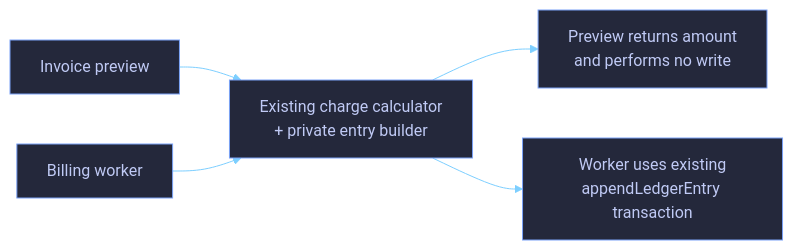
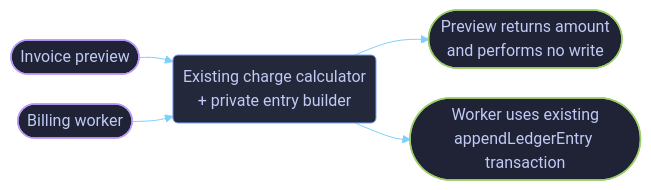
One commit to dvo-dev/copilot-guidance changed the second of 2 diagrams in docs/skill-workflows/surgical-refactoring.md. Above: the diagram before and after it, drawn with Mermaid. The commit also changed other lines of this file and 10 other files, not shown here.

Commit message:
Polish workflow diagrams and stable links

````diff
--- a/docs/skill-workflows/surgical-refactoring.md
+++ b/docs/skill-workflows/surgical-refactoring.md
@@ -46,8 +55,15 @@
 ```mermaid
-%%{init: {"theme":"base","themeVariables":{"background":"#1a1b26","primaryColor":"#24283b","primaryTextColor":"#c0caf5","primaryBorderColor":"#7aa2f7","secondaryColor":"#1f2335","secondaryTextColor":"#c0caf5","secondaryBorderColor":"#bb9af7","tertiaryColor":"#16161e","tertiaryTextColor":"#c0caf5","tertiaryBorderColor":"#7dcfff","lineColor":"#7dcfff","textColor":"#c0caf5","mainBkg":"#24283b","nodeBorder":"#7aa2f7","clusterBkg":"#16161e","clusterBorder":"#565f89","defaultLinkColor":"#7dcfff","edgeLabelBackground":"#1a1b26","titleColor":"#bb9af7","fontFamily":"ui-monospace, SFMono-Regular, Menlo, Monaco, Consolas, Liberation Mono, monospace"},"flowchart":{"curve":"basis","htmlLabels":true}}}%%
+%%{init: {"theme":"base","themeVariables":{"background":"#1a1b26","primaryColor":"#24283b","primaryTextColor":"#c0caf5","primaryBorderColor":"#7aa2f7","secondaryColor":"#1f2335","secondaryTextColor":"#c0caf5","secondaryBorderColor":"#bb9af7","tertiaryColor":"#16161e","tertiaryTextColor":"#c0caf5","tertiaryBorderColor":"#7dcfff","lineColor":"#7dcfff","textColor":"#c0caf5","mainBkg":"#24283b","nodeBorder":"#7aa2f7","clusterBkg":"#16161e","clusterBorder":"#565f89","defaultLinkColor":"#7dcfff","edgeLabelBackground":"#1a1b26","titleColor":"#bb9af7","fontFamily":"ui-monospace, SFMono-Regular, Menlo, Monaco, Consolas, Liberation Mono, monospace"},"flowchart":{"curve":"basis","htmlLabels":true,"nodeSpacing":30,"rankSpacing":34,"padding":10}}}%%
 flowchart LR
-    PREVIEW["Invoice preview"] --> CORE["Existing charge calculator<br/>+ private entry builder"]
-    POST["Billing worker"] --> CORE
-    CORE --> PREVIEWR["Preview returns amount<br/>and performs no write"]
-    CORE --> POSTR["Worker uses existing<br/>appendLedgerEntry transaction"]
+    PREVIEW(["Invoice preview"]) --> CORE("Existing charge calculator<br/>+ private entry builder")
+    POST(["Billing worker"]) --> CORE
+    CORE --> PREVIEWR(["Preview returns amount<br/>and performs no write"])
+    CORE --> POSTR(["Worker uses existing<br/>appendLedgerEntry transaction"])
+
+    classDef stage fill:#24283b,stroke:#7aa2f7,stroke-width:1px,color:#c0caf5;
+    classDef outcome fill:#1f2335,stroke:#9ece6a,stroke-width:1.5px,color:#c0caf5;
+    classDef human fill:#1f2335,stroke:#bb9af7,stroke-width:1.5px,color:#c0caf5;
+    class CORE stage;
+    class PREVIEW,POST human;
+    class PREVIEWR,POSTR outcome;
 ```
````
